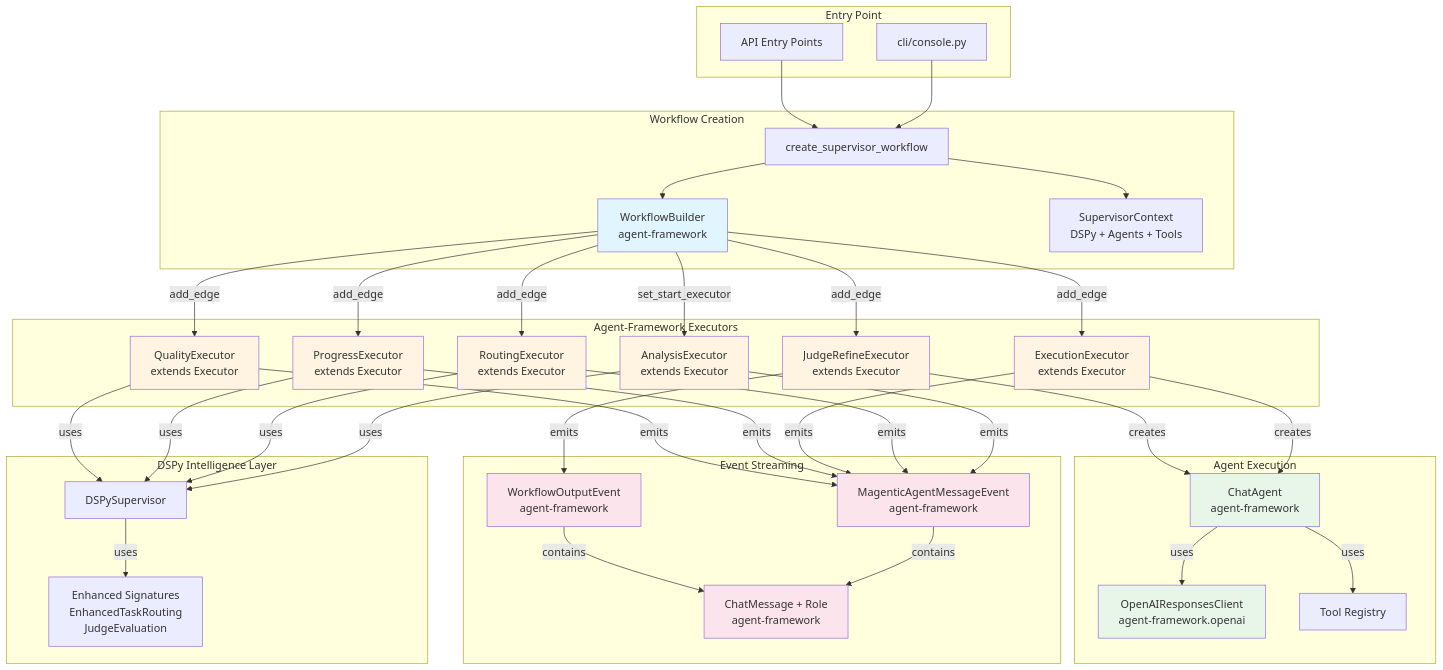
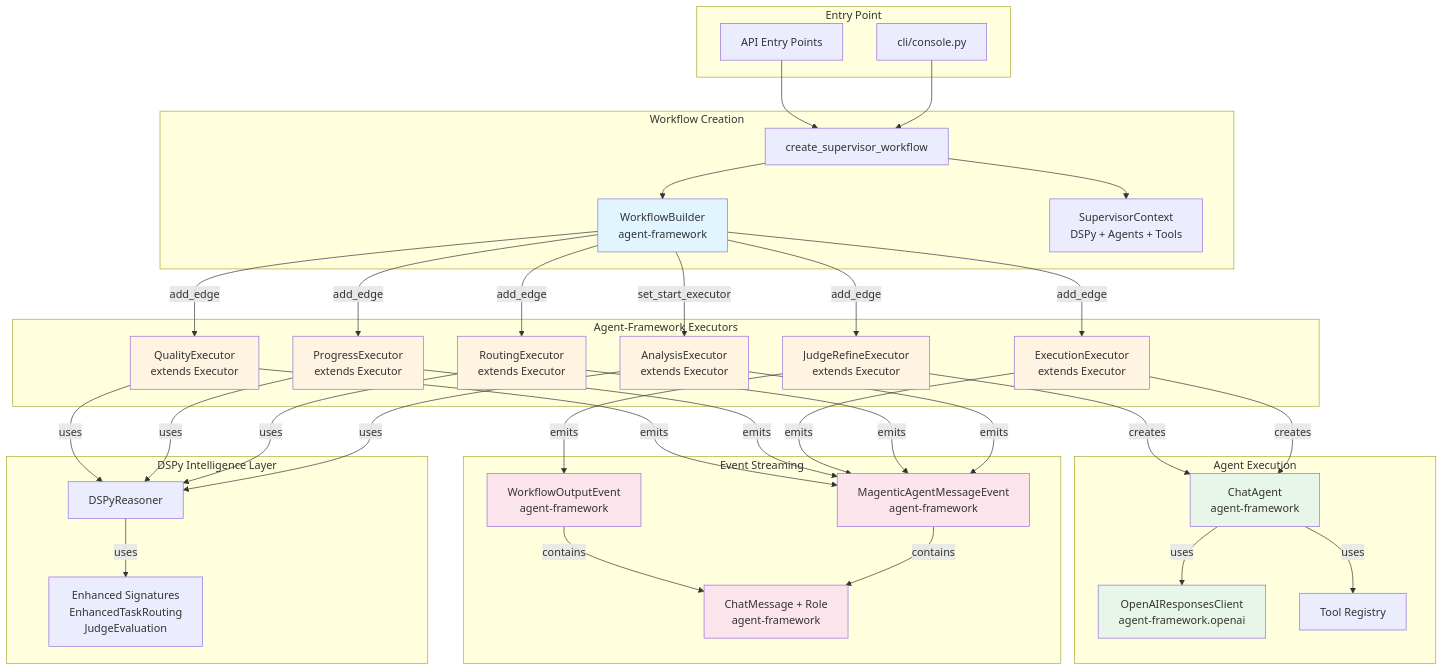
Before and after one commit to Qredence/agentic-fleet: the first of 2 diagrams in docs/developers/architecture.md, drawn with Mermaid. The commit also changed other lines of this file and 13 other files, not shown here.

Commit message:
refactor: replace DSPySupervisor with DSPyReasoner across documentation and codebase

```diff
--- a/docs/developers/architecture.md
+++ b/docs/developers/architecture.md
@@ -70,7 +70,7 @@
     end
 
     subgraph "DSPy Intelligence Layer"
-        DSPY[DSPySupervisor]
+        DSPY[DSPyReasoner]
         SIGS[Enhanced Signatures<br/>EnhancedTaskRouting<br/>JudgeEvaluation]
     end
 
```
